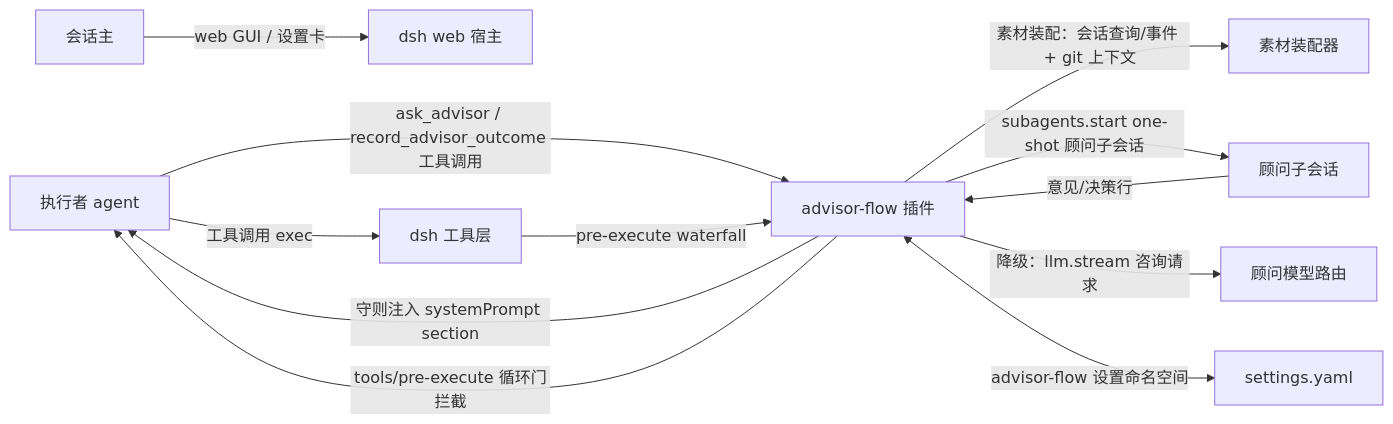
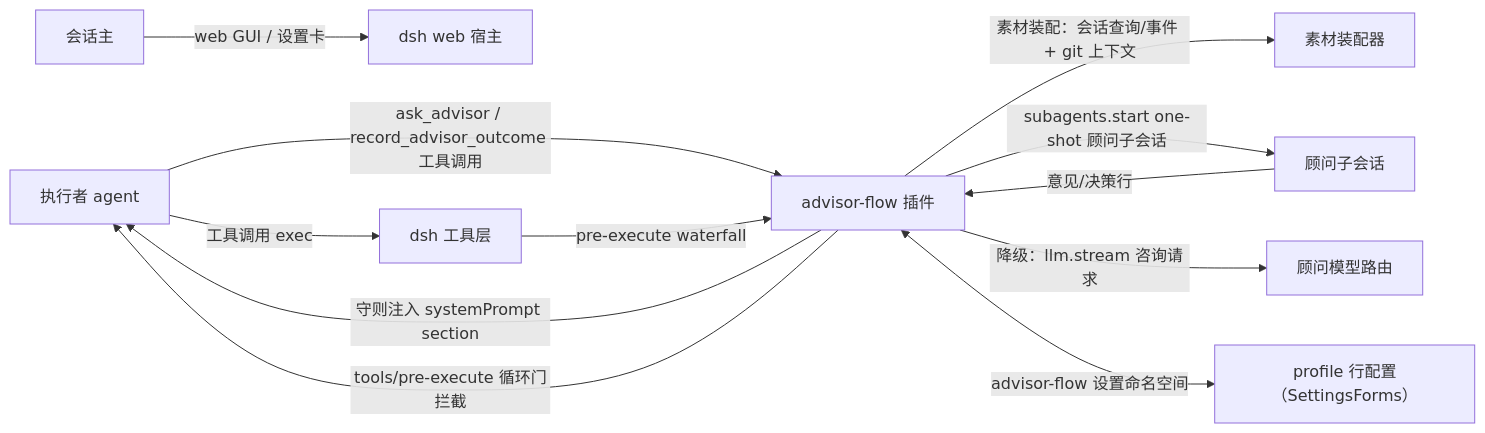
One commit to ccll/dsh-advisor-flow changed the first of 10 diagrams in SOLUTION.md. Above: the diagram before and after it, drawn with Mermaid. The commit also changed other lines of this file and 12 other files, not shown here.

First line of the commit message:
⭐ 功能(advisor-flow): 设置卡适配 dsh 0.2.0 SettingsForms——Config 导出与 plugins.row.config 挂点（T-028）

````diff
--- a/SOLUTION.md
+++ b/SOLUTION.md
@@ -56,14 +56,14 @@
 ```mermaid
 flowchart LR
     owner[会话主] -->|web GUI / 设置卡| host[dsh web 宿主]
     agent[执行者 agent] -->|ask_advisor / record_advisor_outcome 工具调用| plugin[advisor-flow 插件]
     plugin -->|守则注入 systemPrompt section| agent
     plugin -->|tools/pre-execute 循环门拦截| agent
     agent -->|工具调用 exec| tools[dsh 工具层]
     tools -->|pre-execute waterfall| plugin
     plugin -->|素材装配：会话查询/事件 + git 上下文| material[素材装配器]
     plugin -->|subagents.start one-shot 顾问子会话| subsession[顾问子会话]
     subsession -->|意见/决策行| plugin
     plugin -->|降级：llm.stream 咨询请求| route[顾问模型路由]
-    plugin <-->|advisor-flow 设置命名空间| settings[settings.yaml]
+    plugin <-->|advisor-flow 设置命名空间| settings[profile 行配置（SettingsForms）]
 ```
````
